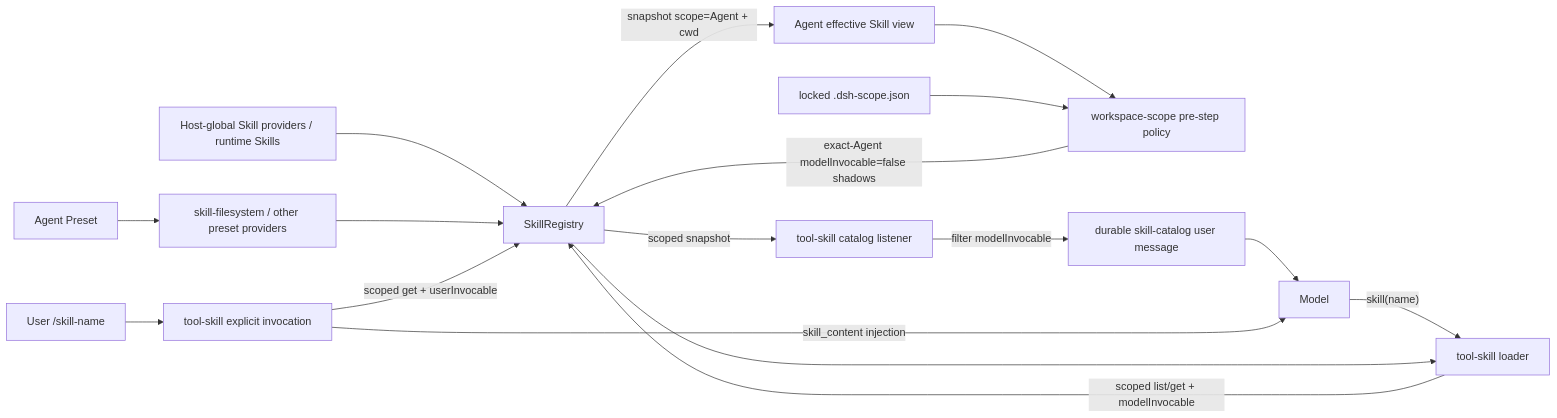
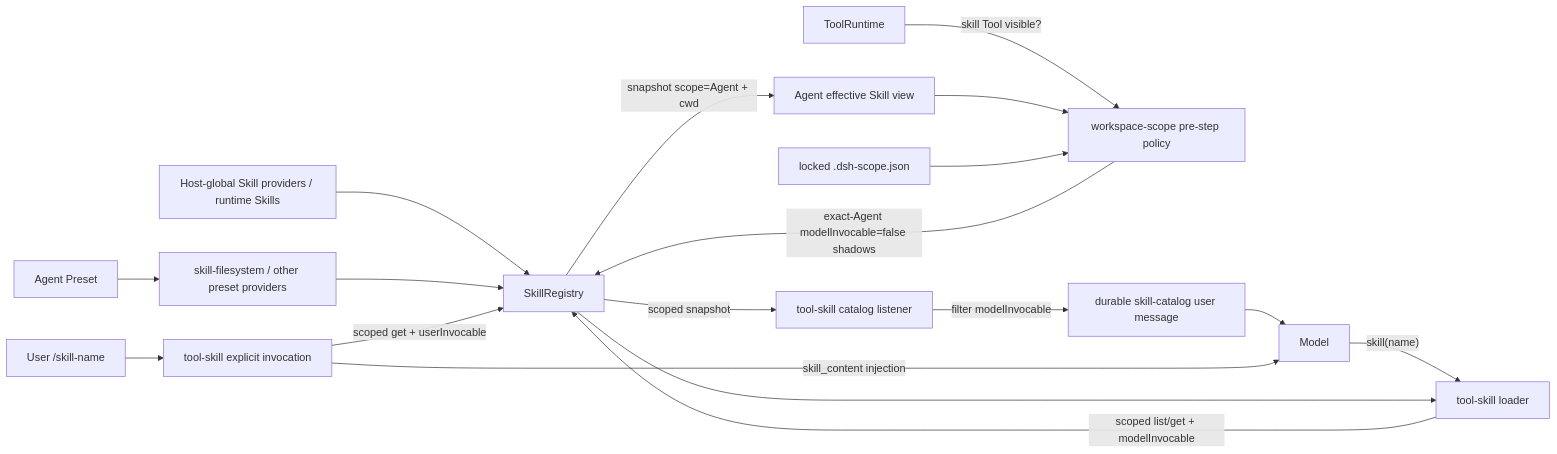
Before and after one commit to Ri0n72Y/dsh-workspace-scope: the third of 5 diagrams in docs/architecture.md, drawn with Mermaid. The commit also changed other lines of this file, not shown here.

Commit message:
docs: document rc.1 skill-policy boundaries

````diff
--- a/docs/architecture.md
+++ b/docs/architecture.md
@@ -148,23 +154,24 @@
 ```mermaid
 flowchart LR
     P["Agent Preset"] --> SFS["skill-filesystem / other preset providers"]
     HG["Host-global Skill providers / runtime Skills"] --> SR["SkillRegistry"]
     SFS --> SR
 
+    TR["ToolRuntime"] -->|"skill Tool visible?"| WSP["workspace-scope pre-step policy"]
     SR -->|"snapshot scope=Agent + cwd"| RAW["Agent effective Skill view"]
-    RAW --> WSP["workspace-scope pre-step policy"]
+    RAW --> WSP
     CFG["locked .dsh-scope.json"] --> WSP
     WSP -->|"exact-Agent modelInvocable=false shadows"| SR
 
     SR -->|"scoped snapshot"| CAT["tool-skill catalog listener"]
     CAT -->|"filter modelInvocable"| MSG["durable skill-catalog user message"]
     MSG --> MODEL["Model"]
 
     MODEL -->|"skill(name)"| LOAD["tool-skill loader"]
     LOAD -->|"scoped list/get + modelInvocable"| SR
     SR --> LOAD
 
     USER["User /skill-name"] --> ULOAD["tool-skill explicit invocation"]
     ULOAD -->|"scoped get + userInvocable"| SR
     ULOAD -->|"skill_content injection"| MODEL
 ```
````
